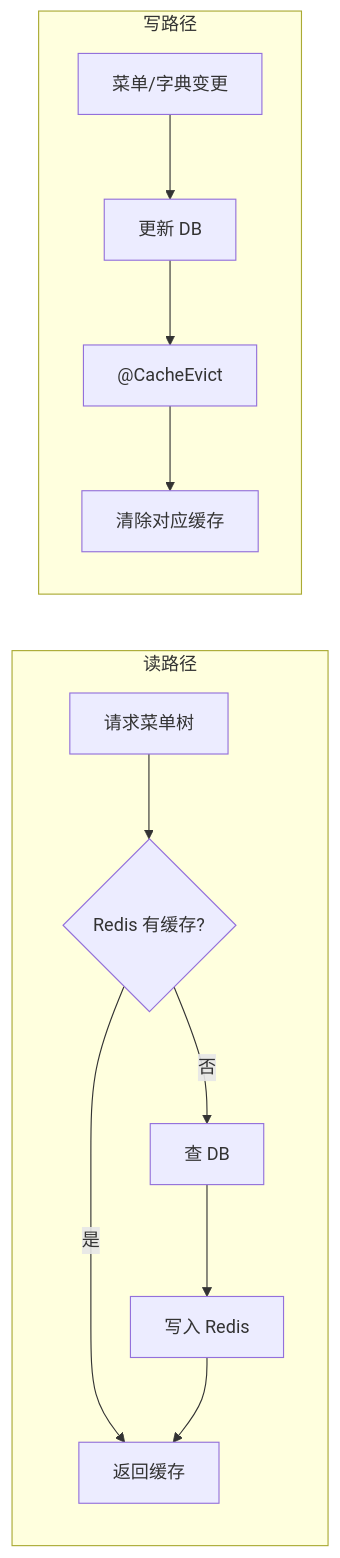
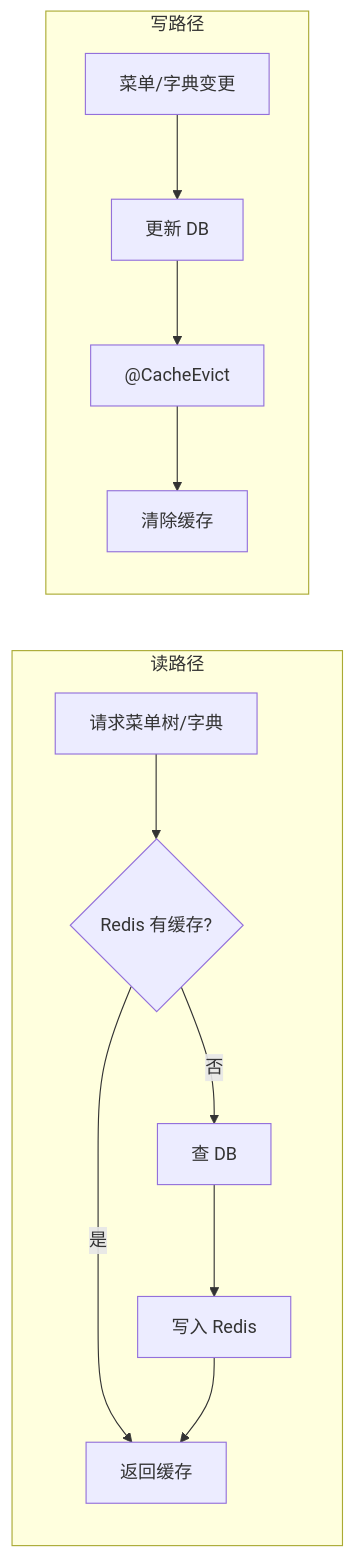
One commit to xinxin-star1998/star-pivot changed the eighth of 8 diagrams in doc/架构图与流程图.md. Above: the diagram before and after it, drawn with Mermaid. The commit also changed other lines of this file and 150 other files, not shown here.

````diff
--- a/doc/架构图与流程图.md
+++ b/doc/架构图与流程图.md
@@ -200,16 +349,16 @@
 ```mermaid
 flowchart LR
     subgraph 读路径
-        A1[请求菜单树] --> A2{Redis 有缓存?}
+        A1[请求菜单树/字典] --> A2{Redis 有缓存?}
         A2 -->|是| A3[返回缓存]
         A2 -->|否| A4[查 DB]
         A4 --> A5[写入 Redis]
         A5 --> A3
     end
 
     subgraph 写路径
         B1[菜单/字典变更] --> B2[更新 DB]
         B2 --> B3["@CacheEvict"]
-        B3 --> B4[清除对应缓存]
+        B3 --> B4[清除缓存]
     end
 ```
````
